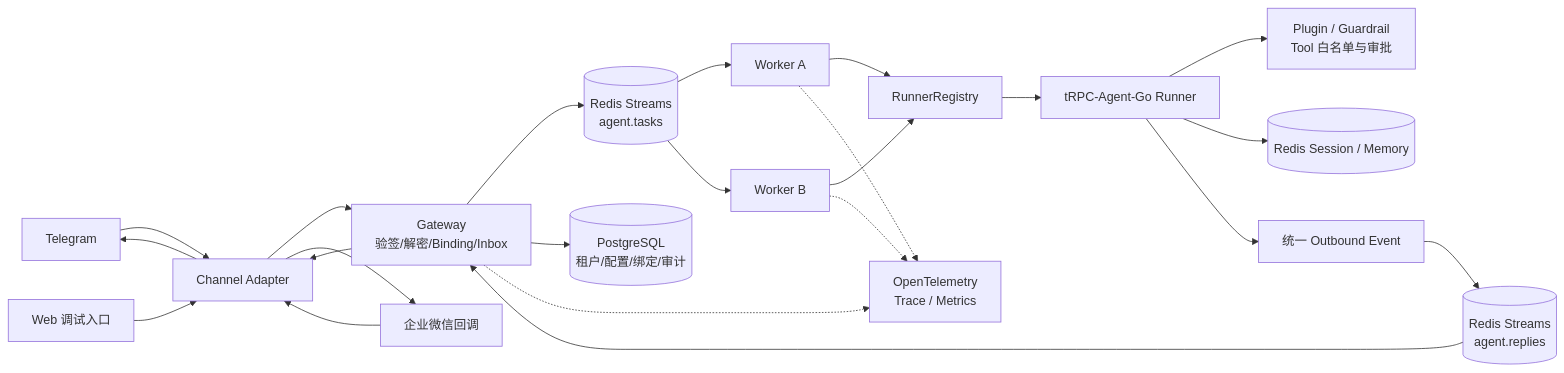
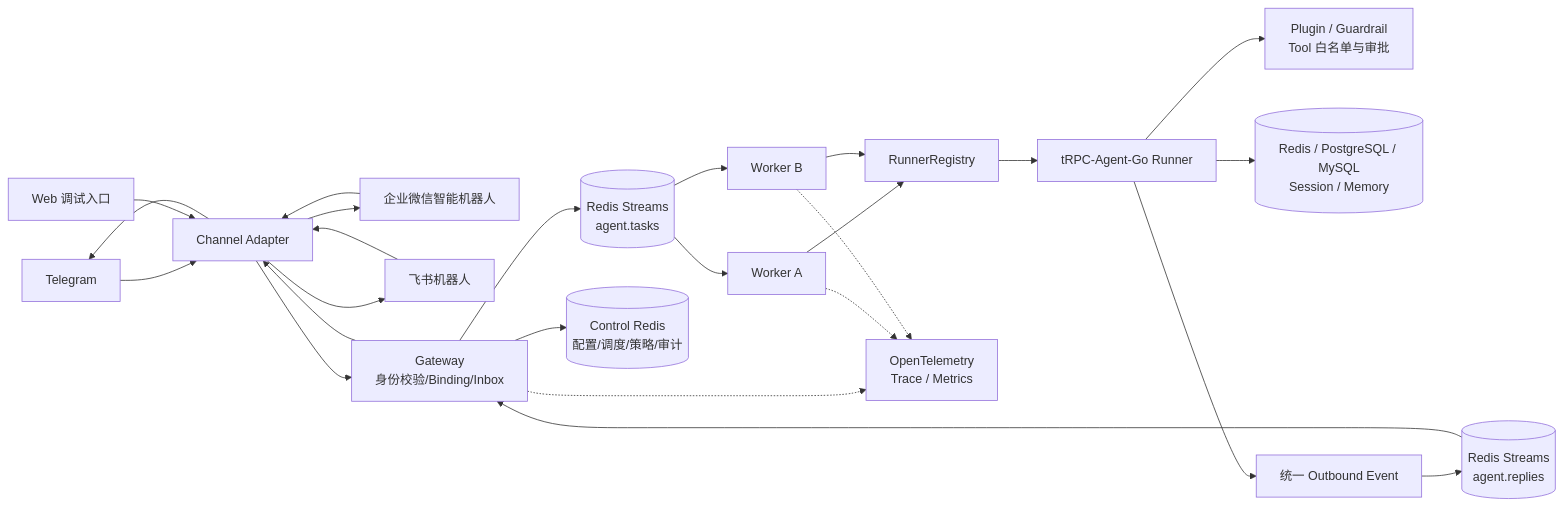
Before and after one commit to Spock12138/trpc-agent-service: the first of 2 diagrams in docs/design.md, drawn with Mermaid. The commit also changed other lines of this file, not shown here.

First line of the commit message:
docs: align architecture proposal with final delivery

````diff
--- a/docs/design.md
+++ b/docs/design.md
@@ -28,25 +28,27 @@
 ```mermaid
 flowchart LR
     TG[Telegram] --> CA[Channel Adapter]
-    WX[企业微信回调] --> CA
+    WX[企业微信智能机器人] --> CA
+    FS[飞书机器人] --> CA
     WEB[Web 调试入口] --> CA
-    CA --> G[Gateway<br/>验签/解密/Binding/Inbox]
+    CA --> G[Gateway<br/>身份校验/Binding/Inbox]
     G --> TS[(Redis Streams<br/>agent.tasks)]
     TS --> W1[Worker A]
     TS --> W2[Worker B]
     W1 --> RR[RunnerRegistry]
     W2 --> RR
     RR --> R[tRPC-Agent-Go Runner]
     R --> PG[Plugin / Guardrail<br/>Tool 白名单与审批]
-    R --> SS[(Redis Session / Memory)]
+    R --> SS[(Redis / PostgreSQL / MySQL<br/>Session / Memory)]
     R --> O[统一 Outbound Event]
     O --> RS[(Redis Streams<br/>agent.replies)]
     RS --> G
     G --> CA
     CA --> TG
     CA --> WX
-    G --> DB[(PostgreSQL\n租户/配置/绑定/审计)]
+    CA --> FS
+    G --> CR[(Control Redis<br/>配置/调度/策略/审计)]
     G -.-> OT[OpenTelemetry<br/>Trace / Metrics]
     W1 -.-> OT
     W2 -.-> OT
 ```
````
